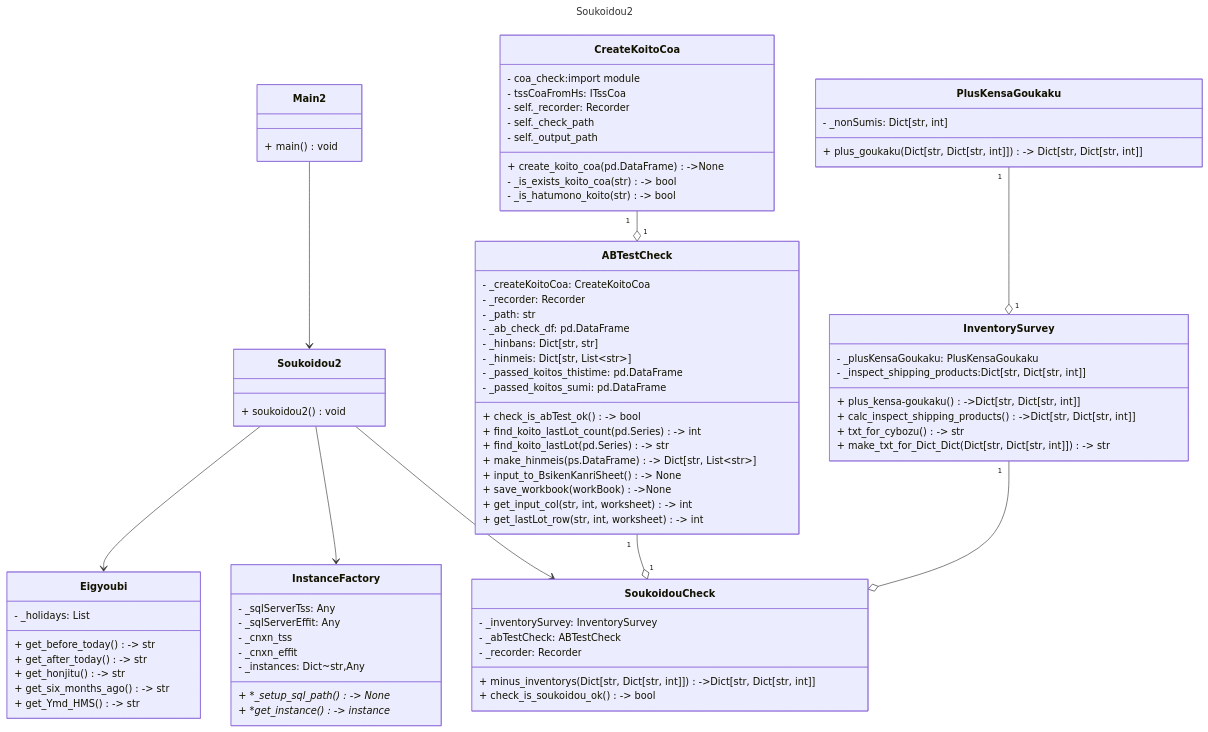
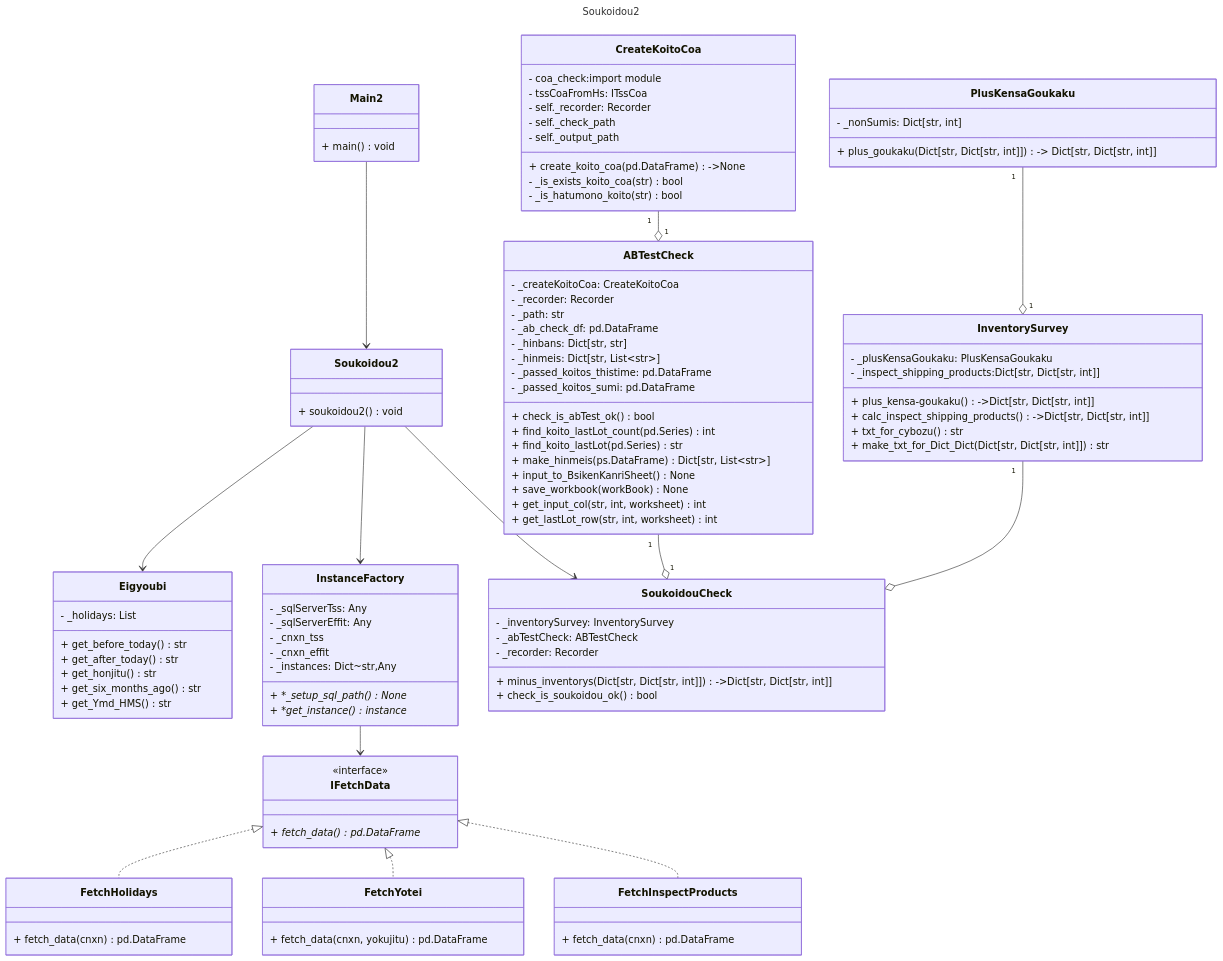
One commit to ogashira/DigitalManager changed the second of 2 diagrams in soukoidou/soukoidou.md. Above: the diagram before and after it, drawn with Mermaid. The commit also changed other lines of this file and 16 other files, not shown here.

```diff
--- a/soukoidou/soukoidou.md
+++ b/soukoidou/soukoidou.md
@@ -109,11 +195,11 @@
 }
 class Eigyoubi{
     - _holidays: List
-    + get_before_today()-> str
-    + get_after_today()-> str
-    + get_honjitu()-> str
-    + get_six_months_ago()-> str
-    + get_Ymd_HMS()-> str
+    + get_before_today()str
+    + get_after_today()str
+    + get_honjitu()str
+    + get_six_months_ago()str
+    + get_Ymd_HMS()str
 }
 class InstanceFactory{
     - _sqlServerTss: Any
@@ -121,16 +207,29 @@
     - _cnxn_tss
     - _cnxn_effit
     - _instances: Dict~str,Any
-    + *_setup_sql_path()-> None*
-    + *get_instance()-> instance*
+    + *_setup_sql_path()None*
+    + *get_instance()instance*
+}
+class IFetchData{
+    <<interface>>
+    + fetch_data()pd.DataFrame*
+}
+class FetchHolidays{
+    + fetch_data(cnxn)pd.DataFrame
+}
+class FetchYotei{
+    + fetch_data(cnxn, yokujitu)pd.DataFrame
+}
+class FetchInspectProducts{
+    + fetch_data(cnxn)pd.DataFrame
 }
 class InventorySurvey{
     - _plusKensaGoukaku: PlusKensaGoukaku
     - _inspect_shipping_products:Dict[str, Dict[str, int]]
     + plus_kensa-goukaku()->Dict[str, Dict[str, int]]
     + calc_inspect_shipping_products()->Dict[str, Dict[str, int]]
-    + txt_for_cybozu()-> str
-    + make_txt_for_Dict_Dict(Dict[str, Dict[str, int]])-> str
+    + txt_for_cybozu()str
+    + make_txt_for_Dict_Dict(Dict[str, Dict[str, int]])str
 }
 class PlusKensaGoukaku{
     - _nonSumis: Dict[str, int]
@@ -141,7 +240,7 @@
     - _abTestCheck: ABTestCheck
     - _recorder: Recorder
     + minus_inventorys(Dict[str, Dict[str, int]])->Dict[str, Dict[str, int]]
-    + check_is_soukoidou_ok()-> bool
+    + check_is_soukoidou_ok()bool
 }
 class ABTestCheck{
     - _createKoitoCoa: CreateKoitoCoa
@@ -152,14 +251,14 @@
     - _hinmeis: Dict[str, List~str~]
     - _passed_koitos_thistime: pd.DataFrame
     - _passed_koitos_sumi: pd.DataFrame
-    + check_is_abTest_ok()-> bool
-    + find_koito_lastLot_count(pd.Series)-> int
-    + find_koito_lastLot(pd.Series)-> str
-    + make_hinmeis(ps.DataFrame)-> Dict[str, List~str~]
-    + input_to_BsikenKanriSheet()-> None
-    + save_workbook(workBook)->None
-    + get_input_col(str, int, worksheet)-> int
-    + get_lastLot_row(str, int, worksheet)-> int
+    + check_is_abTest_ok()bool
+    + find_koito_lastLot_count(pd.Series)int
+    + find_koito_lastLot(pd.Series)str
+    + make_hinmeis(ps.DataFrame)Dict[str, List~str~]
+    + input_to_BsikenKanriSheet()None
+    + save_workbook(workBook)None
+    + get_input_col(str, int, worksheet)int
+    + get_lastLot_row(str, int, worksheet)int
 }
 class CreateKoitoCoa{
     - coa_check:import module
@@ -168,13 +267,17 @@
     - self._check_path
     - self._output_path
     + create_koito_coa(pd.DataFrame)->None
-    - _is_exists_koito_coa(str)-> bool
-    - _is_hatumono_koito(str)-> bool
+    - _is_exists_koito_coa(str)bool
+    - _is_hatumono_koito(str)bool
 }
 Main2 --> Soukoidou2
 Soukoidou2 --> Eigyoubi
 Soukoidou2 --> InstanceFactory
 Soukoidou2 --> SoukoidouCheck
+InstanceFactory --> IFetchData
+IFetchData <|.. FetchHolidays
+IFetchData <|.. FetchYotei
+IFetchData <|.. FetchInspectProducts
 PlusKensaGoukaku "1" --o "1" InventorySurvey
 CreateKoitoCoa "1" --o "1" ABTestCheck
 ABTestCheck "1" --o "1" SoukoidouCheck
```
